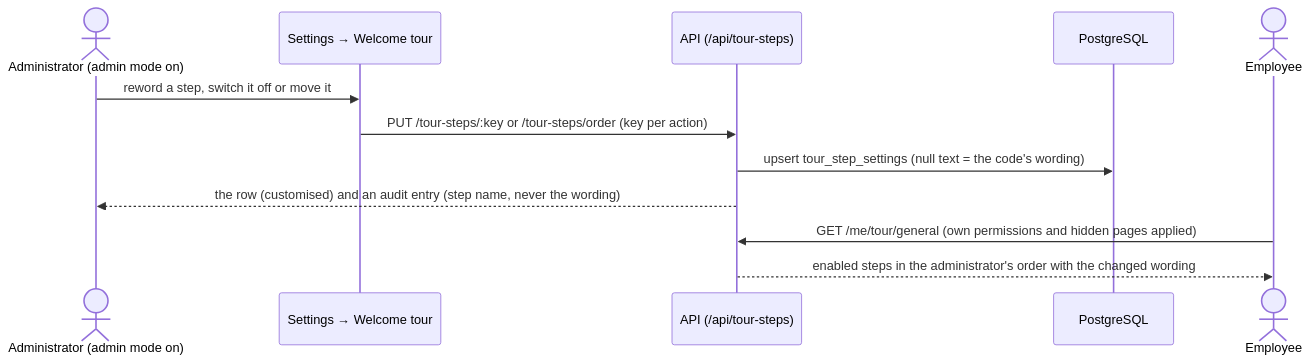
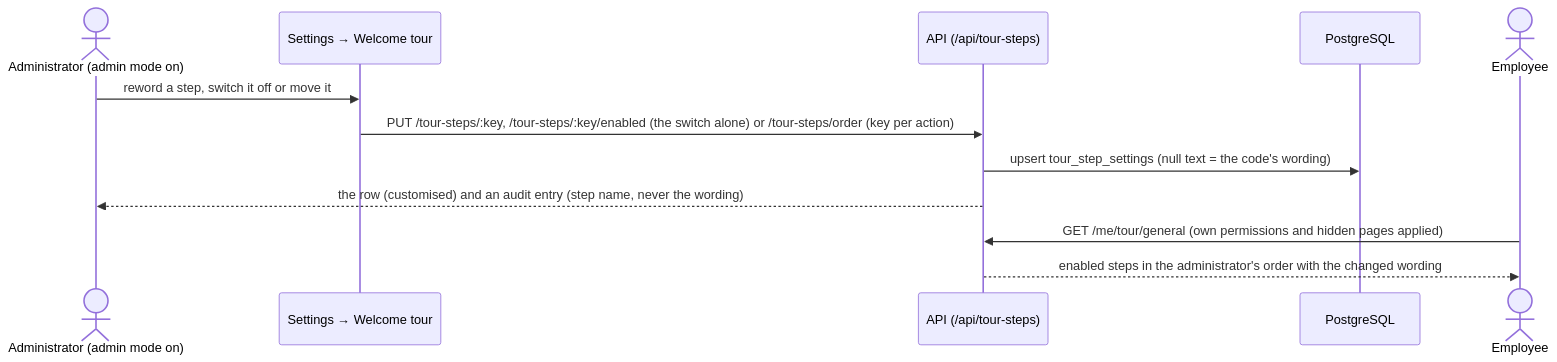
One commit to Arweqah-Company/arweqah_platform changed diagram 19 of 21 in README.md. Above: the diagram before and after it, drawn with Mermaid. The commit also changed other lines of this file and 11 other files, not shown here.

First line of the commit message:
fix(tour): the step switch sends only the switch, and README diagrams parse (CodeRabbit on PR 148)

````diff
--- a/README.md
+++ b/README.md
@@ -622,14 +622,14 @@
 ```mermaid
 sequenceDiagram
   actor A as Administrator (admin mode on)
   participant W as Settings → Welcome tour
   participant API as API (/api/tour-steps)
   participant DB as PostgreSQL
   actor E as Employee
   A->>W: reword a step, switch it off or move it
-  W->>API: PUT /tour-steps/:key or /tour-steps/order (key per action)
+  W->>API: PUT /tour-steps/:key, /tour-steps/:key/enabled (the switch alone) or /tour-steps/order (key per action)
   API->>DB: upsert tour_step_settings (null text = the code's wording)
   API-->>A: the row (customised) and an audit entry (step name, never the wording)
   E->>API: GET /me/tour/general (own permissions and hidden pages applied)
   API-->>E: enabled steps in the administrator's order with the changed wording
 ```
````
